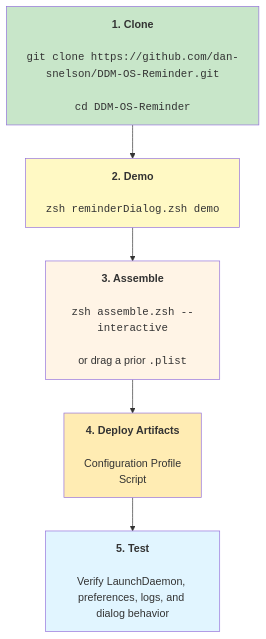
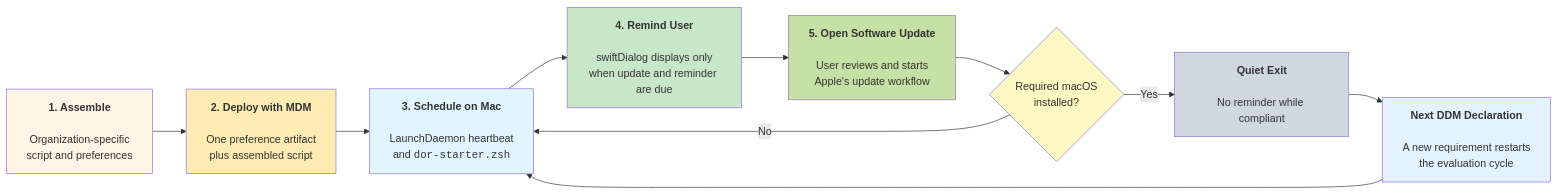
The diagram in Diagrams/00-overview.md (dan-snelson/DDM-OS-Reminder), drawn with Mermaid before and after one commit. The commit also changed other lines of this file and 34 other files, not shown here.

````diff
--- a/Diagrams/00-overview.md
+++ b/Diagrams/00-overview.md
@@ -7,16 +5,24 @@
 ```mermaid
-flowchart TD
-    Clone["<b>1. Clone</b><br/><br/><code>git&nbsp;clone&nbsp;https://github.com/dan-snelson/DDM-OS-Reminder.git</code><br/><br/><code>cd&nbsp;DDM-OS-Reminder</code>"]
-    Demo["<b>2. Demo</b><br/><br/><code>zsh&nbsp;reminderDialog.zsh&nbsp;demo</code>"]
-    Assemble["<b>3. Assemble</b><br/><br/><code>zsh&nbsp;assemble.zsh&nbsp;--interactive</code><br/><br/>or drag a prior <code>.plist</code>"]
-    Deploy["<b>4. Deploy Artifacts</b><br/><br/>Configuration Profile<br/>Script"]
-    Test["<b>5. Test</b><br/><br/>Verify LaunchDaemon, preferences, logs, and dialog behavior"]
+flowchart LR
+    Assemble["<b>1. Assemble</b><br/><br/>Organization-specific<br/>script and preferences"]
+    MDM["<b>2. Deploy with MDM</b><br/><br/>One preference artifact<br/>plus assembled script"]
+    Scheduler["<b>3. Schedule on Mac</b><br/><br/>LaunchDaemon heartbeat<br/>and <code>dor-starter.zsh</code>"]
+    Reminder["<b>4. Remind User</b><br/><br/>swiftDialog displays only<br/>when update and reminder are due"]
+    Update["<b>5. Open Software Update</b><br/><br/>User reviews and starts<br/>Apple's update workflow"]
+    Compliant{"Required macOS<br/>installed?"}
+    Quiet["<b>Quiet Exit</b><br/><br/>No reminder while compliant"]
+    Next["<b>Next DDM Declaration</b><br/><br/>A new requirement restarts<br/>the evaluation cycle"]
 
-    Clone --> Demo --> Assemble --> Deploy --> Test
+    Assemble --> MDM --> Scheduler --> Reminder --> Update --> Compliant
+    Compliant -->|No| Scheduler
+    Compliant -->|Yes| Quiet --> Next --> Scheduler
 
-    style Clone fill:#c8e6c9
-    style Demo fill:#fff9c4
     style Assemble fill:#fff4e6
-    style Deploy fill:#ffecb3
-    style Test fill:#e1f5ff
+    style MDM fill:#ffecb3
+    style Scheduler fill:#e1f5ff
+    style Reminder fill:#c8e6c9
+    style Update fill:#c5e1a5
+    style Compliant fill:#fff9c4
+    style Quiet fill:#cfd8dc
+    style Next fill:#e3f2fd
 ```
````
